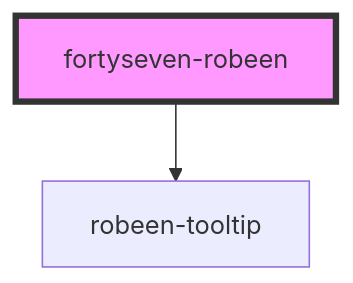
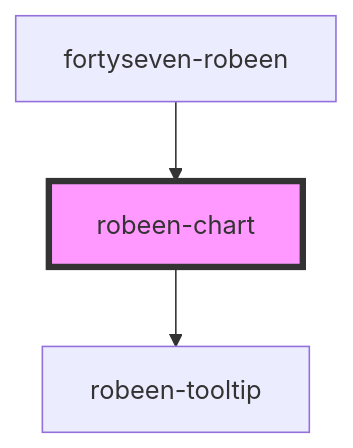
Before and after one commit to 47degrees/robeen: the diagram in src/components/chart/readme.md, drawn with Mermaid. The commit also changed other lines of this file and 12 other files, not shown here.

````diff
--- a/src/components/chart/readme.md
+++ b/src/components/chart/readme.md
@@ -22,5 +26,6 @@
 ```mermaid
 graph TD;
-  fortyseven-robeen --> robeen-tooltip
-  style fortyseven-robeen fill:#f9f,stroke:#333,stroke-width:4px
+  robeen-chart --> robeen-tooltip
+  fortyseven-robeen --> robeen-chart
+  style robeen-chart fill:#f9f,stroke:#333,stroke-width:4px
 ```
````
